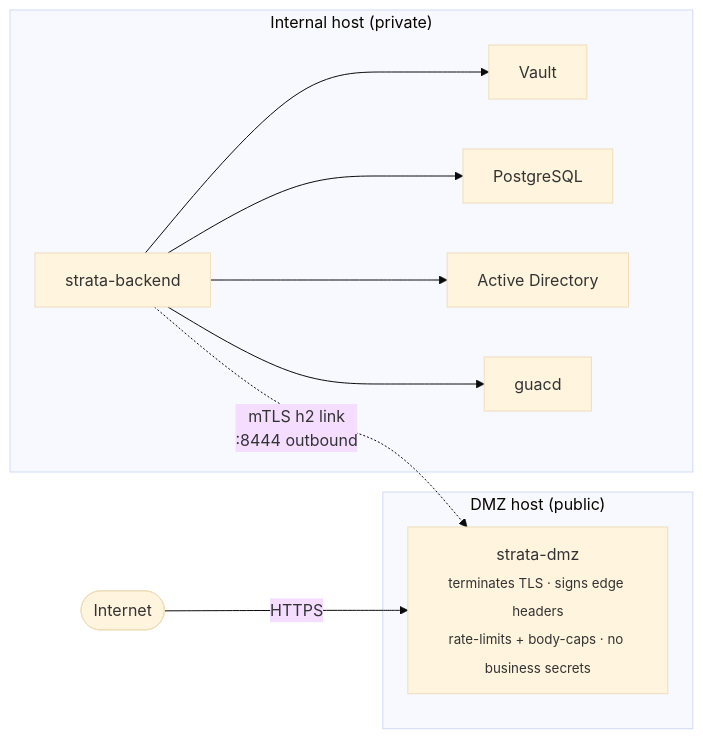
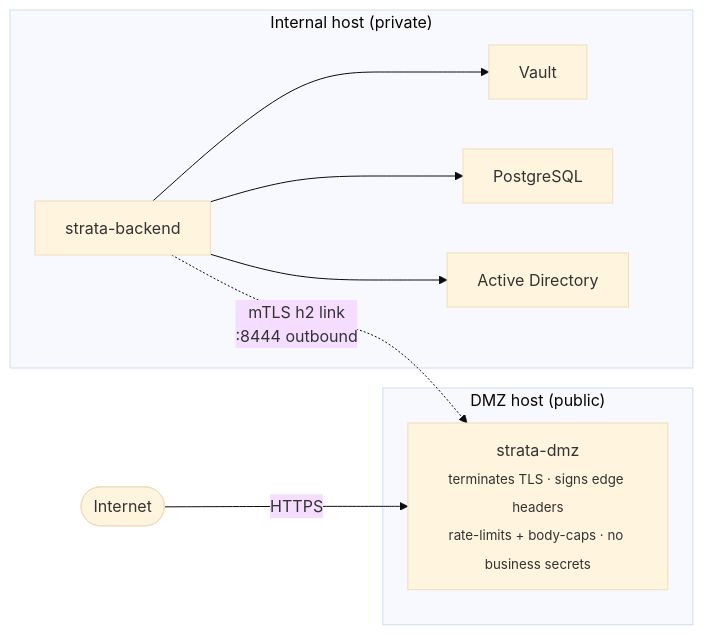
One commit to Bails309/strata-client changed the first of 3 diagrams in docs/deployment.md. Above: the diagram before and after it, drawn with Mermaid (base theme). The commit also changed other lines of this file and 167 other files, not shown here.

````diff
--- a/docs/deployment.md
+++ b/docs/deployment.md
@@ -1283,16 +1298,15 @@
 ```mermaid
 flowchart LR
     Internet([Internet])
     Internet -->|HTTPS| DMZ
     subgraph DMZHost["DMZ host (public)"]
         DMZ["strata-dmz<br/><sub>terminates TLS · signs edge headers<br/>rate-limits + body-caps · no business secrets</sub>"]
     end
     subgraph InternalHost["Internal host (private)"]
         Backend["strata-backend"]
         Backend --> Vault["Vault"]
         Backend --> Postgres["PostgreSQL"]
         Backend --> AD["Active Directory"]
-        Backend --> Guacd["guacd"]
     end
     Backend -.->|mTLS h2 link<br/>:8444 outbound| DMZ
 ```
````
